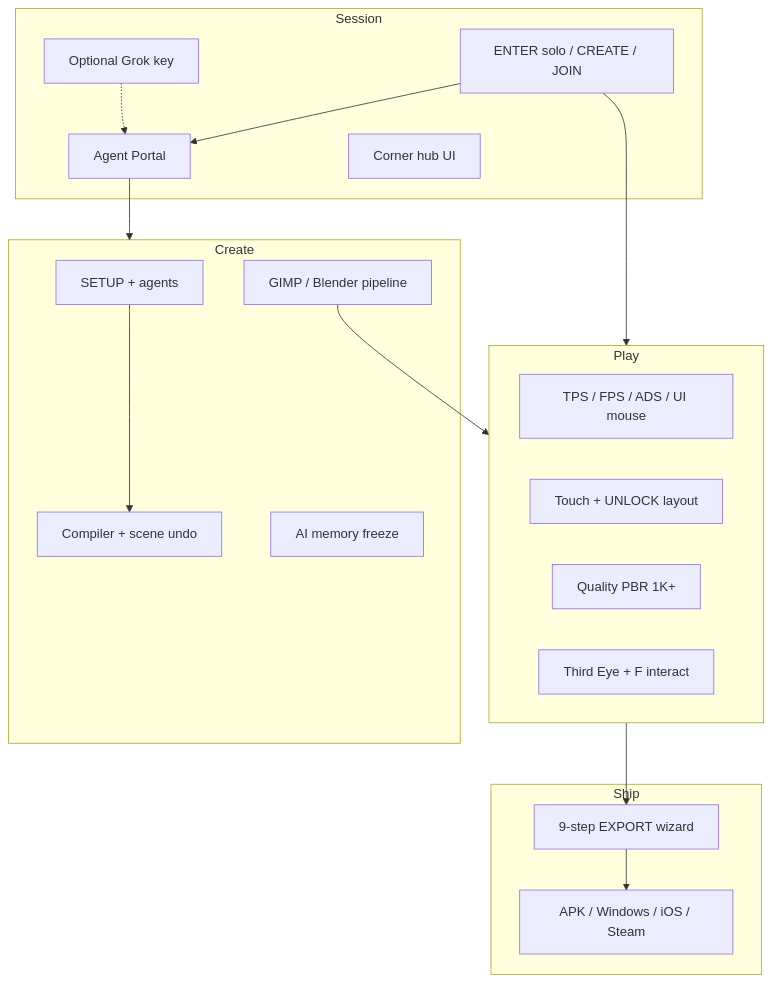
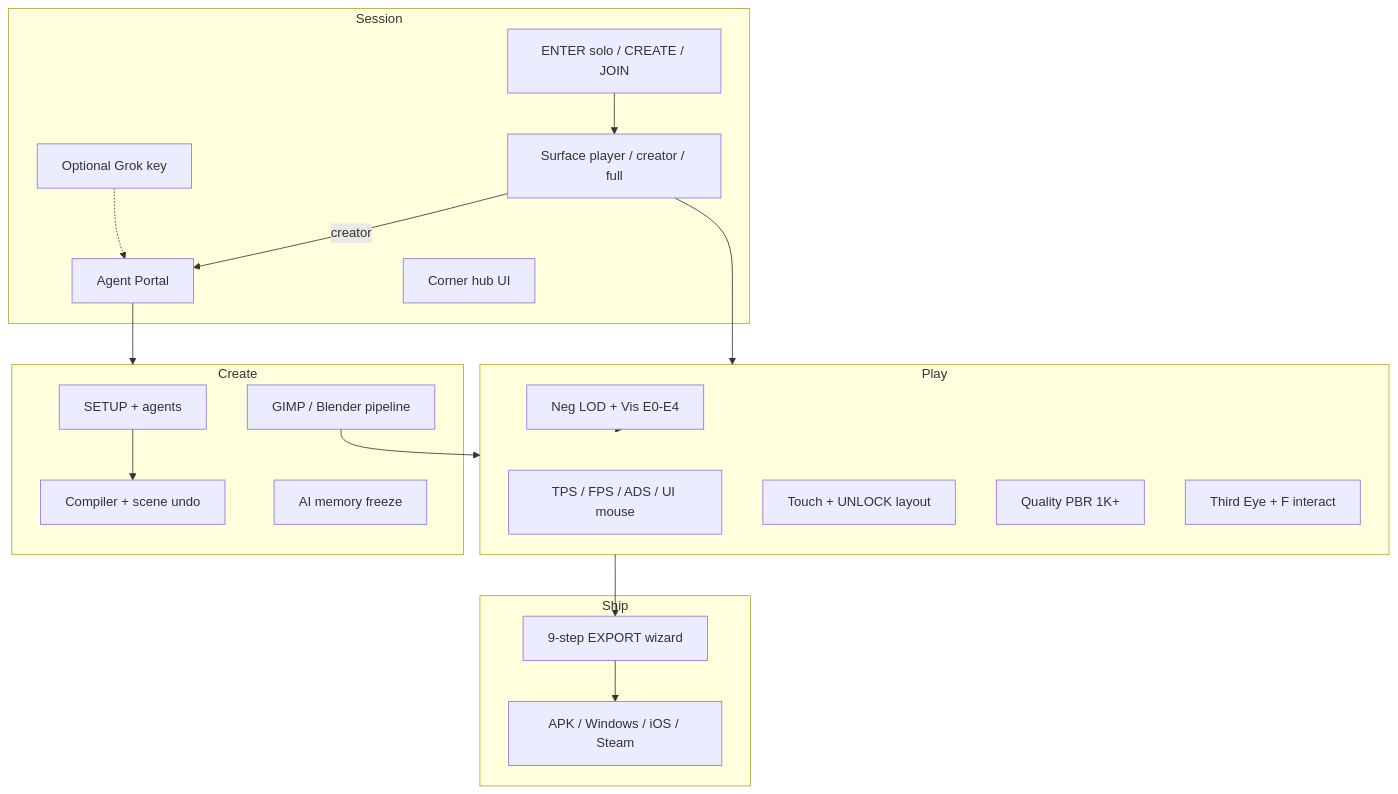
One commit to medicinalsheep/threshold changed the diagram in docs/README.md. Above: the diagram before and after it, drawn with Mermaid. The commit also changed other lines of this file and 21 other files, not shown here.

````diff
--- a/docs/README.md
+++ b/docs/README.md
@@ -24,31 +24,35 @@
 ```mermaid
 flowchart TB
     subgraph session [Session]
         LOBBY[ENTER solo / CREATE / JOIN]
+        SURF[Surface player / creator / full]
         PORTAL[Agent Portal]
         HUBS[Corner hub UI]
         AUTH[Optional Grok key]
     end
     subgraph play [Play]
         TPS[TPS / FPS / ADS / UI mouse]
         TOUCH[Touch + UNLOCK layout]
         PBR[Quality PBR 1K+]
         TE[Third Eye + F interact]
+        PERF[Neg LOD + Vis E0-E4]
     end
     subgraph create [Create]
         SETUP[SETUP + agents]
         COMP[Compiler + scene undo]
         ART[GIMP / Blender pipeline]
         FREEZE[AI memory freeze]
     end
     subgraph ship [Ship]
         EXP[9-step EXPORT wizard]
         NAT[APK / Windows / iOS / Steam]
     end
-    LOBBY --> PORTAL --> create
-    LOBBY --> play
+    LOBBY --> SURF
+    SURF --> play
+    SURF -->|creator| PORTAL --> create
     AUTH -.-> PORTAL
     SETUP --> COMP
     ART --> play
     play --> EXP --> NAT
+    PERF -.-> play
 ```
````
